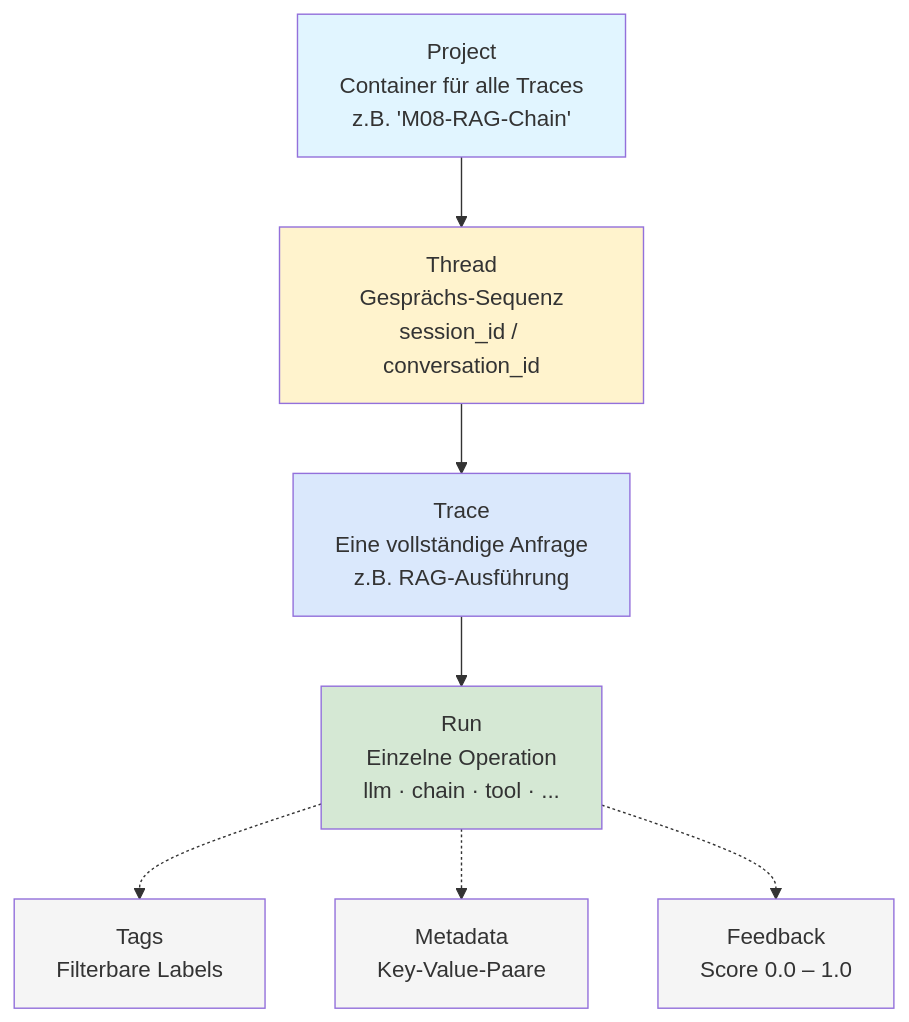
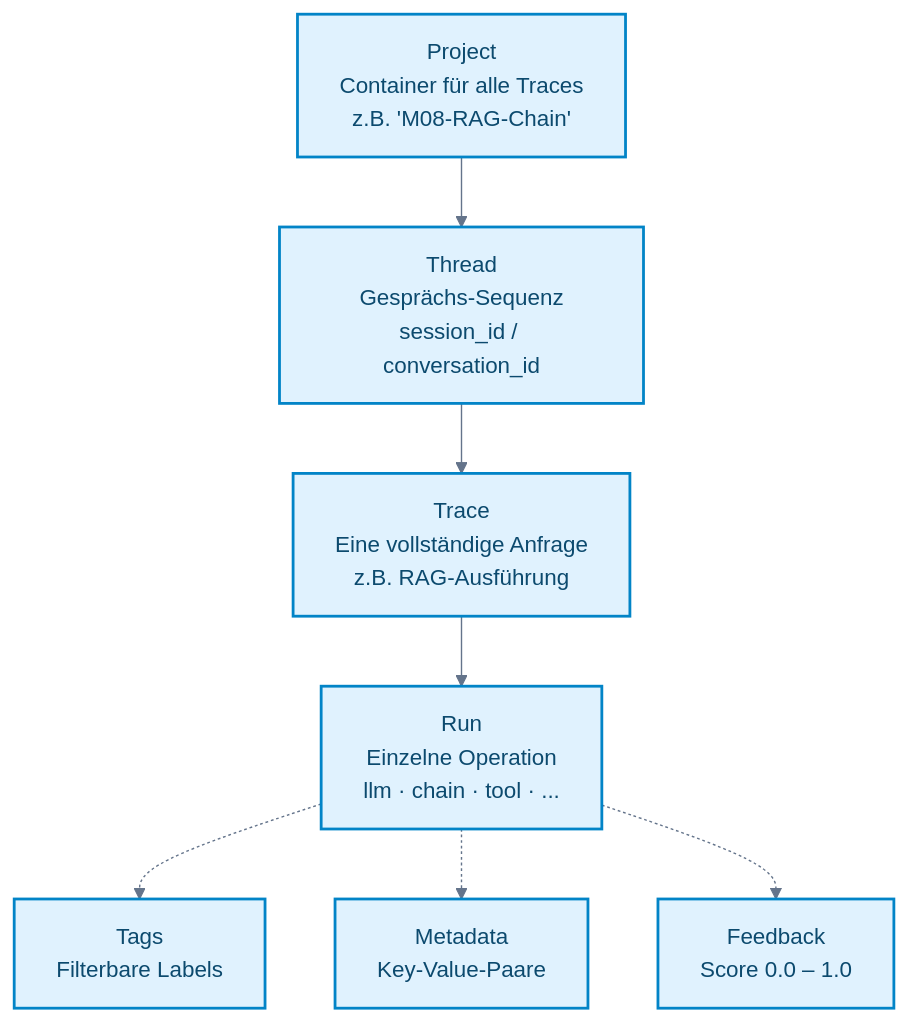
The second of 5 diagrams in docs/06-frameworks/einsteiger-langsmith.md (ralf-42/GenAI), drawn with Mermaid before and after one commit. The commit also changed other lines of this file and 25 other files, not shown here.

````diff
--- a/docs/06-frameworks/einsteiger-langsmith.md
+++ b/docs/06-frameworks/einsteiger-langsmith.md
@@ -157,25 +176,37 @@
 ```mermaid
+---
+config:
+  theme: base
+  look: classic
+  themeVariables:
+    primaryColor: '#e0f2fe'
+    primaryBorderColor: '#0284c7'
+    primaryTextColor: '#1e293b'
+    lineColor: '#64748b'
+    clusterBkg: '#f8fafc'
+    clusterBorder: '#cbd5e1'
+    noteBkgColor: '#fef3c7'
+    noteBorderColor: '#d97706'
+    noteTextColor: '#78350f'
+    edgeLabelBackground: '#ffffff'
+---
+
 flowchart TB
     PROJECT["Project<br>Container für alle Traces<br>z.B. 'M08-RAG-Chain'"]
     THREAD["Thread<br>Gesprächs-Sequenz<br>session_id / conversation_id"]
     TRACE["Trace<br>Eine vollständige Anfrage<br>z.B. RAG-Ausführung"]
     RUN["Run<br>Einzelne Operation<br>llm · chain · tool · ..."]
     TAGS["Tags<br>Filterbare Labels"]
     META["Metadata<br>Key-Value-Paare"]
     FEEDBACK["Feedback<br>Score 0.0 – 1.0"]
 
     PROJECT --> THREAD
     THREAD --> TRACE
     TRACE --> RUN
     RUN -.-> TAGS
     RUN -.-> META
     RUN -.-> FEEDBACK
 
-    style PROJECT fill:#e1f5ff
-    style THREAD fill:#fff3cd
-    style TRACE fill:#dae8fc
-    style RUN fill:#d5e8d4
-    style TAGS fill:#f5f5f5
-    style META fill:#f5f5f5
-    style FEEDBACK fill:#f5f5f5
+%% Funktionsfarben nach Mermaid_Best_Practices.md
+classDef default fill:#e0f2fe,stroke:#0284c7,stroke-width:2px,color:#0c4a6e;
 ```
````
